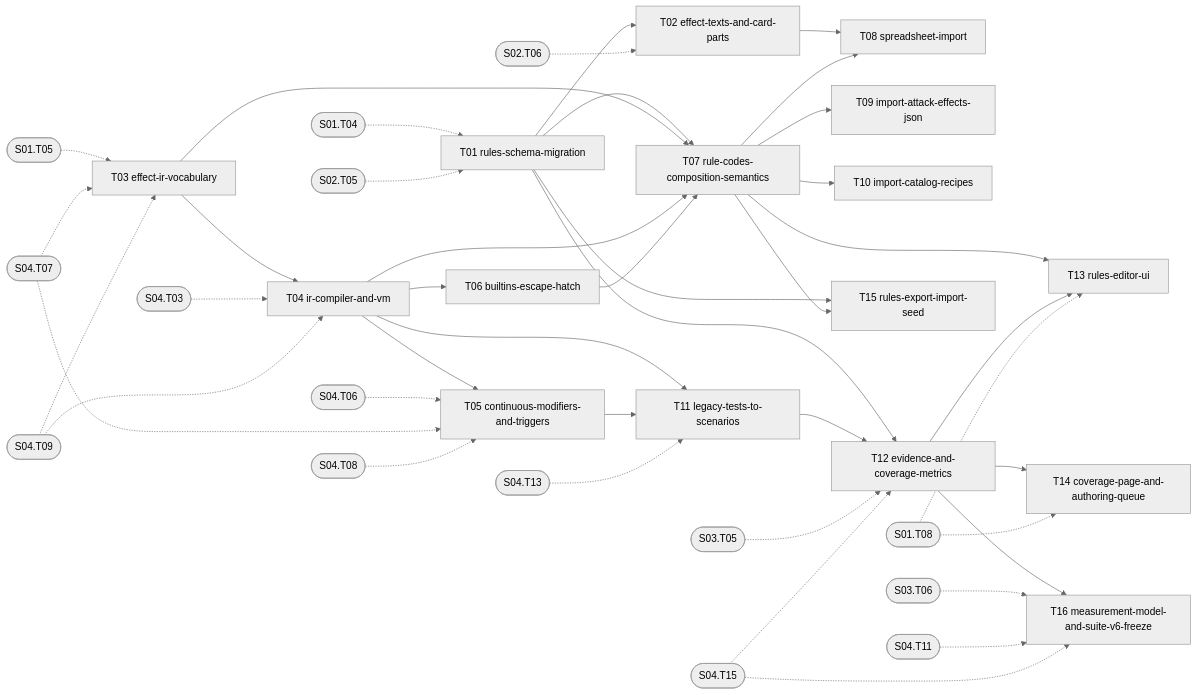
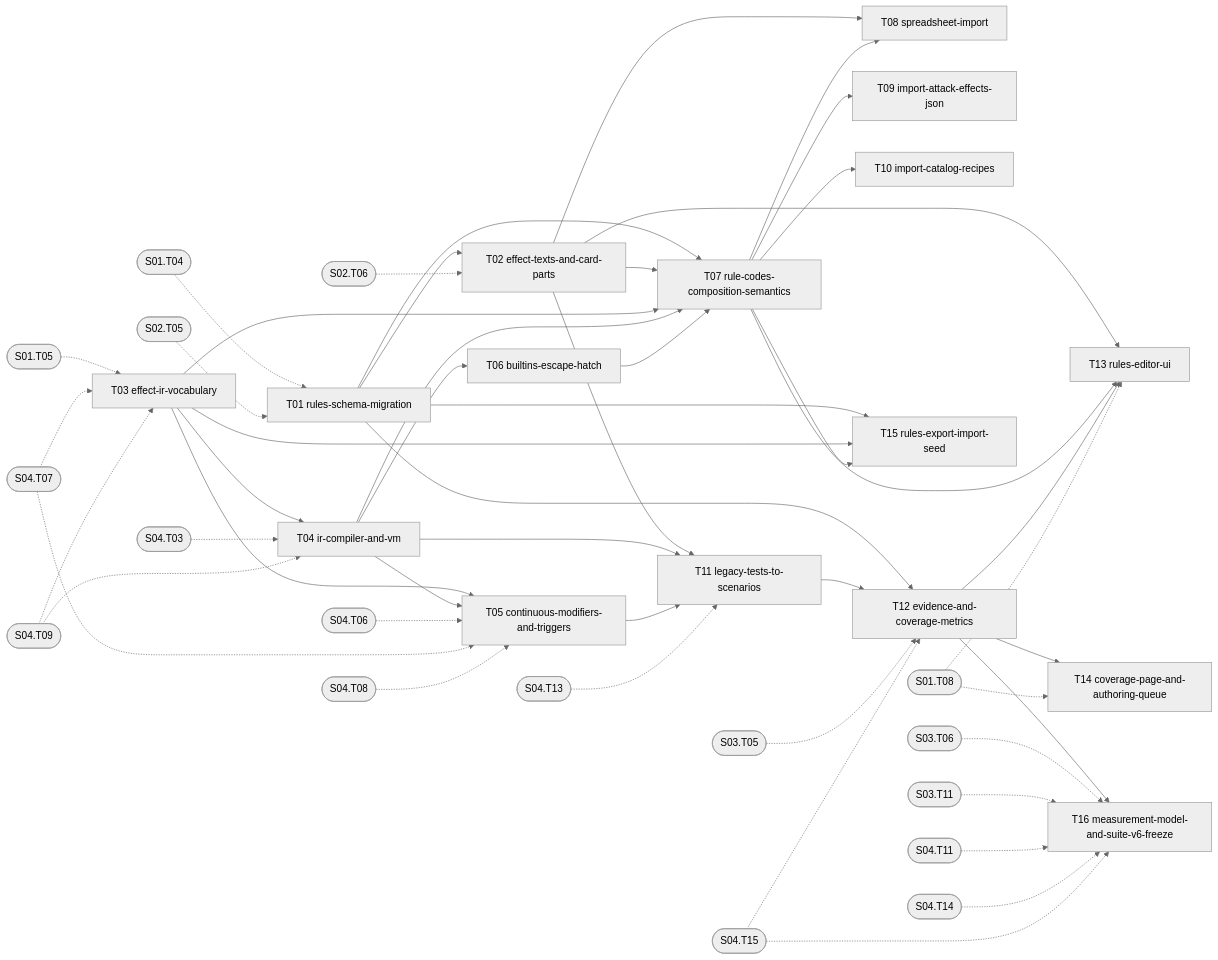
Before and after one commit to ManoFardo-PR/pokemon2: the diagram in docs/stages/05-card-rules-base/README.md, drawn with Mermaid (neutral theme). The commit also changed other lines of this file and 11 other files, not shown here.

````diff
--- a/docs/stages/05-card-rules-base/README.md
+++ b/docs/stages/05-card-rules-base/README.md
@@ -44,60 +44,67 @@
 ```mermaid
 graph LR
   S05_T01["T01 rules-schema-migration"]
   S05_T02["T02 effect-texts-and-card-parts"]
   S05_T03["T03 effect-ir-vocabulary"]
   S05_T04["T04 ir-compiler-and-vm"]
   S05_T05["T05 continuous-modifiers-and-triggers"]
   S05_T06["T06 builtins-escape-hatch"]
   S05_T07["T07 rule-codes-composition-semantics"]
   S05_T08["T08 spreadsheet-import"]
   S05_T09["T09 import-attack-effects-json"]
   S05_T10["T10 import-catalog-recipes"]
   S05_T11["T11 legacy-tests-to-scenarios"]
   S05_T12["T12 evidence-and-coverage-metrics"]
   S05_T13["T13 rules-editor-ui"]
   S05_T14["T14 coverage-page-and-authoring-queue"]
   S05_T15["T15 rules-export-import-seed"]
   S05_T16["T16 measurement-model-and-suite-v6-freeze"]
   S05_T01 --> S05_T02
   S05_T03 --> S05_T04
+  S05_T03 --> S05_T05
   S05_T04 --> S05_T05
   S05_T04 --> S05_T06
   S05_T01 --> S05_T07
+  S05_T02 --> S05_T07
   S05_T03 --> S05_T07
   S05_T04 --> S05_T07
   S05_T06 --> S05_T07
   S05_T02 --> S05_T08
   S05_T07 --> S05_T08
   S05_T07 --> S05_T09
   S05_T07 --> S05_T10
+  S05_T02 --> S05_T11
   S05_T04 --> S05_T11
   S05_T05 --> S05_T11
   S05_T01 --> S05_T12
   S05_T11 --> S05_T12
+  S05_T02 --> S05_T13
   S05_T07 --> S05_T13
   S05_T12 --> S05_T13
   S05_T12 --> S05_T14
   S05_T01 --> S05_T15
+  S05_T03 --> S05_T15
   S05_T07 --> S05_T15
   S05_T12 --> S05_T16
   S01_T04(["S01.T04"]) -.-> S05_T01
   S02_T05(["S02.T05"]) -.-> S05_T01
   S02_T06(["S02.T06"]) -.-> S05_T02
   S01_T05(["S01.T05"]) -.-> S05_T03
   S04_T07(["S04.T07"]) -.-> S05_T03
   S04_T09(["S04.T09"]) -.-> S05_T03
   S04_T03(["S04.T03"]) -.-> S05_T04
   S04_T09(["S04.T09"]) -.-> S05_T04
   S04_T06(["S04.T06"]) -.-> S05_T05
   S04_T07(["S04.T07"]) -.-> S05_T05
   S04_T08(["S04.T08"]) -.-> S05_T05
   S04_T13(["S04.T13"]) -.-> S05_T11
   S03_T05(["S03.T05"]) -.-> S05_T12
   S04_T15(["S04.T15"]) -.-> S05_T12
   S01_T08(["S01.T08"]) -.-> S05_T13
   S01_T08(["S01.T08"]) -.-> S05_T14
   S03_T06(["S03.T06"]) -.-> S05_T16
+  S03_T11(["S03.T11"]) -.-> S05_T16
   S04_T11(["S04.T11"]) -.-> S05_T16
+  S04_T14(["S04.T14"]) -.-> S05_T16
   S04_T15(["S04.T15"]) -.-> S05_T16
 ```
````
